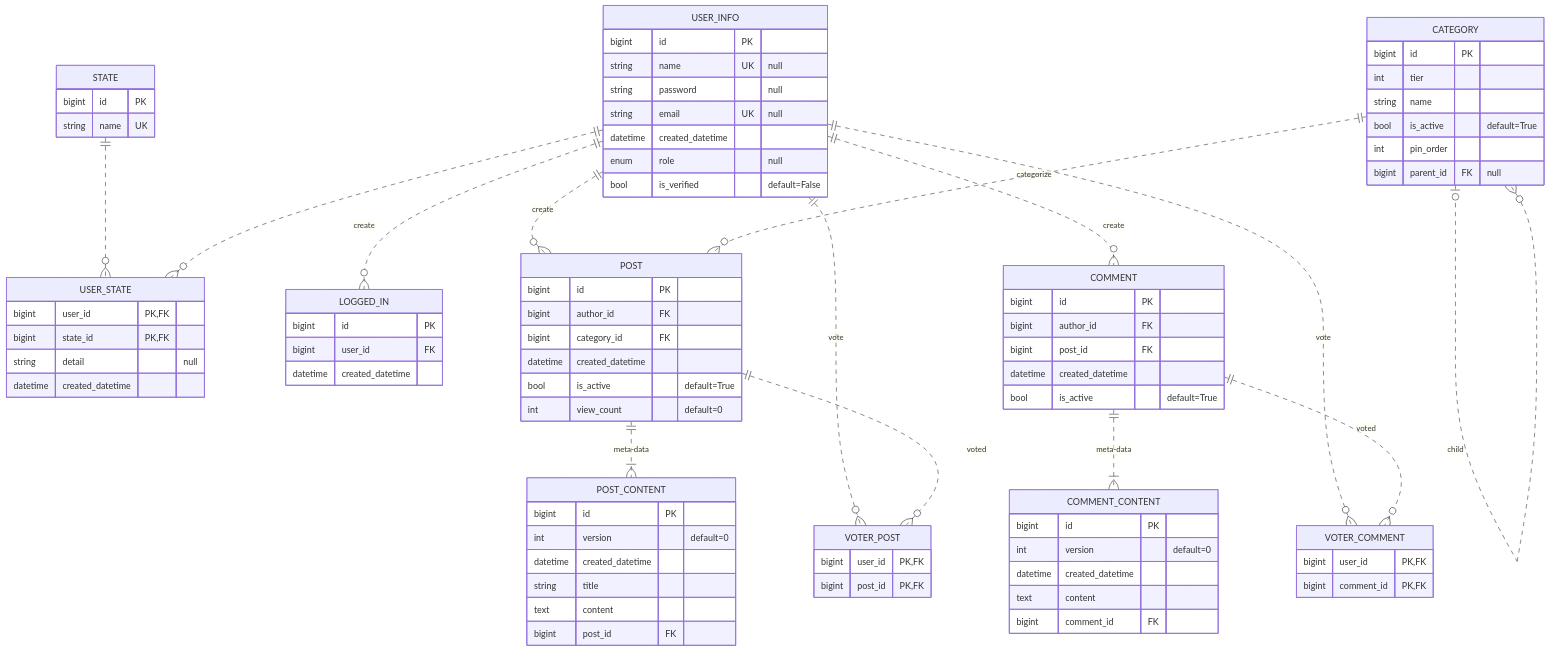
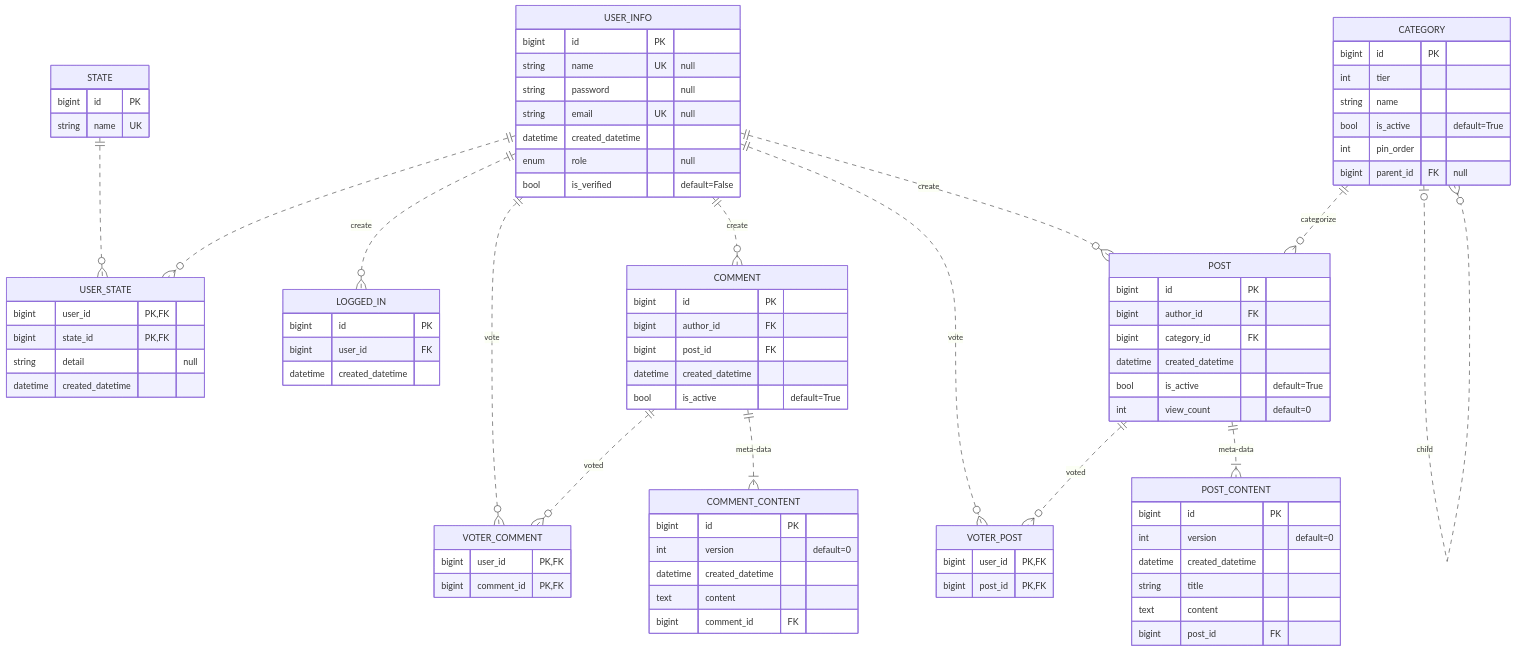
The diagram in README.md (djccnt15/spring_board), drawn with Mermaid before and after one commit. The commit also changed other lines of this file, not shown here.

Commit message:
update README.md to fix ERD rendering

````diff
--- a/README.md
+++ b/README.md
@@ -47,6 +47,31 @@
         datetime    created_datetime
     }
 
+    USER_INFO ||..o{ VOTER_COMMENT : vote
+    COMMENT ||..o{ VOTER_COMMENT : voted
+    VOTER_COMMENT {
+        bigint user_id      PK, FK
+        bigint comment_id   PK, FK
+    }
+
+    USER_INFO ||..o{ COMMENT : create
+    COMMENT {
+        bigint      id                  PK
+        bigint      author_id           FK
+        bigint      post_id             FK
+        datetime    created_datetime
+        bool        is_active               "default=True"
+    }
+
+    COMMENT ||..|{ COMMENT_CONTENT : meta-data
+    COMMENT_CONTENT {
+        bigint      id                  PK
+        int         version                 "default=0"
+        datetime    created_datetime
+        text        content
+        bigint      comment_id          FK
+    }
+
     CATEGORY |o..o{ CATEGORY : child
     CATEGORY {
         bigint      id          PK
@@ -68,6 +93,13 @@
         int         view_count              "default=0"
     }
 
+    USER_INFO ||..o{ VOTER_POST : vote
+    POST ||..o{ VOTER_POST : voted
+    VOTER_POST {
+        bigint user_id PK, FK
+        bigint post_id PK, FK
+    }
+
     POST ||..|{ POST_CONTENT : meta-data
     POST_CONTENT {
         bigint      id                  PK
@@ -77,36 +109,4 @@
         text        content
         bigint      post_id             FK
     }
-
-    USER_INFO ||..o{ VOTER_POST : vote
-    POST ||..o{ VOTER_POST : voted
-    VOTER_POST {
-        bigint user_id PK, FK
-        bigint post_id PK, FK
-    }
-
-    USER_INFO ||..o{ COMMENT : create
-    COMMENT {
-        bigint      id                  PK
-        bigint      author_id           FK
-        bigint      post_id             FK
-        datetime    created_datetime
-        bool        is_active               "default=True"
-    }
-
-    COMMENT ||..|{ COMMENT_CONTENT : meta-data
-    COMMENT_CONTENT {
-        bigint      id                  PK
-        int         version                 "default=0"
-        datetime    created_datetime
-        text        content
-        bigint      comment_id          FK
-    }
-
-    USER_INFO ||..o{ VOTER_COMMENT : vote
-    COMMENT ||..o{ VOTER_COMMENT : voted
-    VOTER_COMMENT {
-        bigint user_id      PK, FK
-        bigint comment_id   PK, FK
-    }
 ```
````
